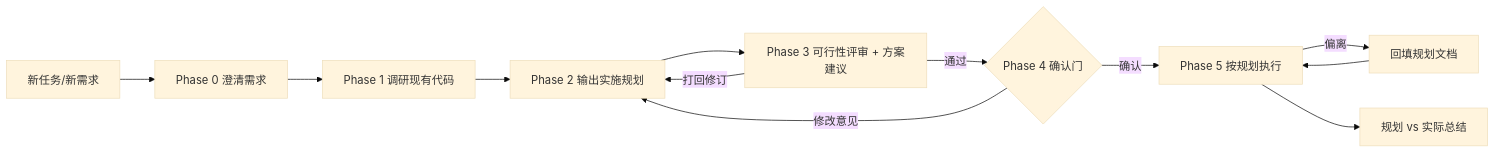
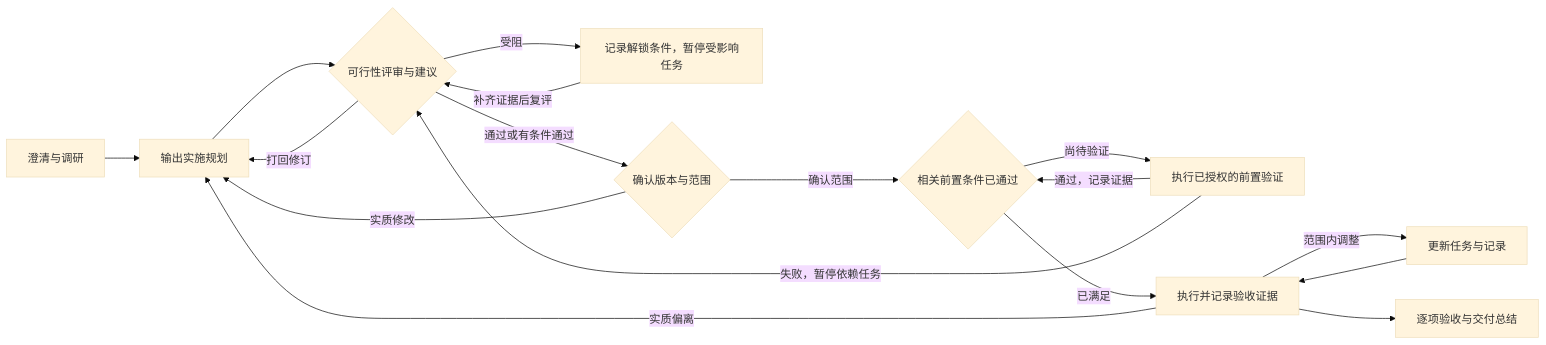
One commit to ztian11/plan-first changed the diagram in README.md. Above: the diagram before and after it, drawn with Mermaid (base theme). The commit also changed other lines of this file and 4 other files, not shown here.

````diff
--- a/README.md
+++ b/README.md
@@ -18,14 +18,19 @@
 ```mermaid
 flowchart LR
-    A[新任务/新需求] --> B[Phase 0 澄清需求]
-    B --> C[Phase 1 调研现有代码]
-    C --> D[Phase 2 输出实施规划]
-    D --> R[Phase 3 可行性评审 + 方案建议]
-    R -- 打回修订 --> D
-    R -- 通过 --> E{Phase 4 确认门}
-    E -- 修改意见 --> D
-    E -- 确认 --> F[Phase 5 按规划执行]
-    F -- 偏离 --> G[回填规划文档]
+    A[澄清与调研] --> D[输出实施规划]
+    D --> R{可行性评审与建议}
+    R -->|打回修订| D
+    R -->|受阻| B[记录解锁条件，暂停受影响任务]
+    B -->|补齐证据后复评| R
+    R -->|通过或有条件通过| E{确认版本与范围}
+    E -->|实质修改| D
+    E -->|确认范围| V{相关前置条件已通过}
+    V -->|尚待验证| P[执行已授权的前置验证]
+    P -->|通过，记录证据| V
+    P -->|失败，暂停依赖任务| R
+    V -->|已满足| F[执行并记录验收证据]
+    F -->|实质偏离| D
+    F -->|范围内调整| G[更新任务与记录]
     G --> F
-    F --> H[规划 vs 实际总结]
+    F --> H[逐项验收与交付总结]
 ```
````
